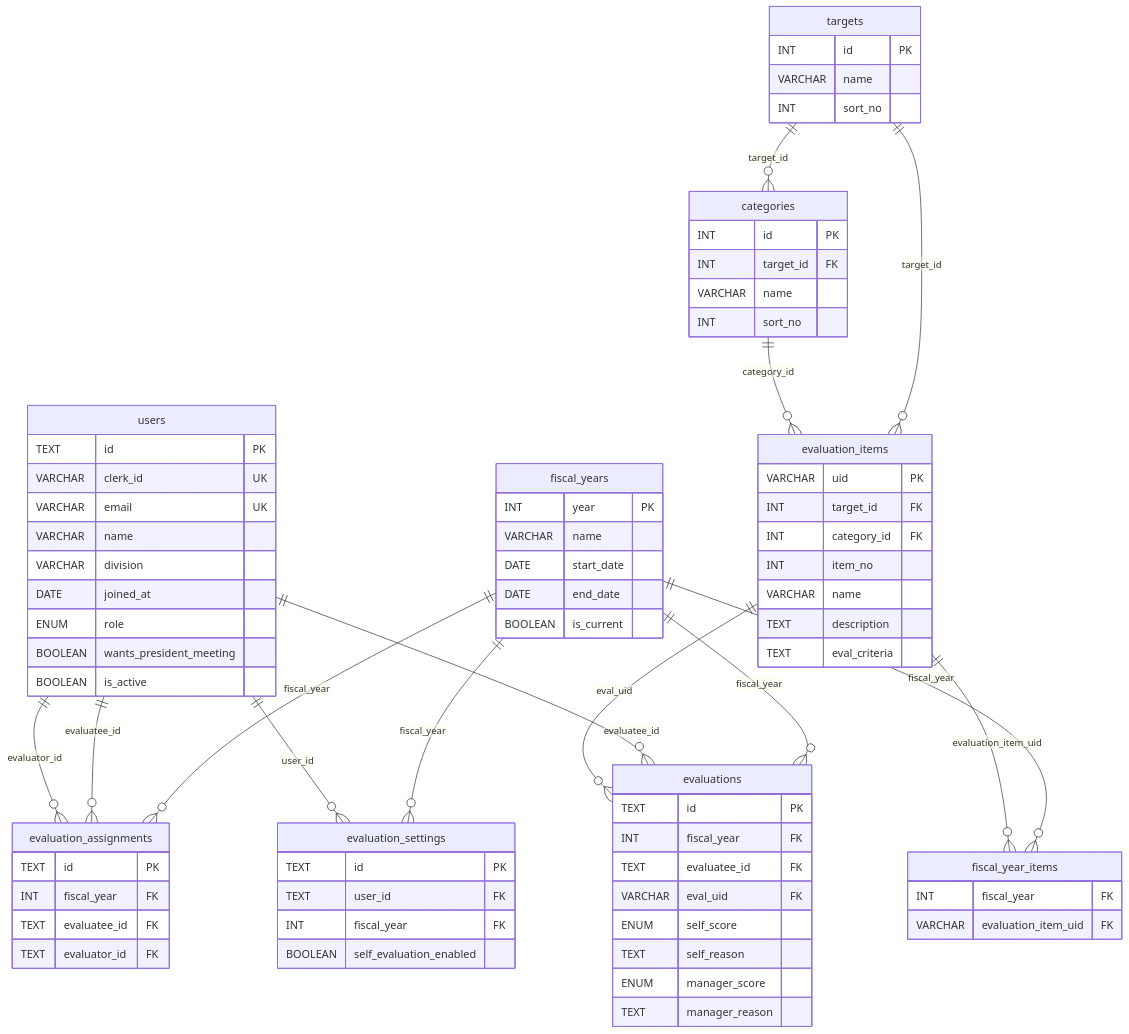
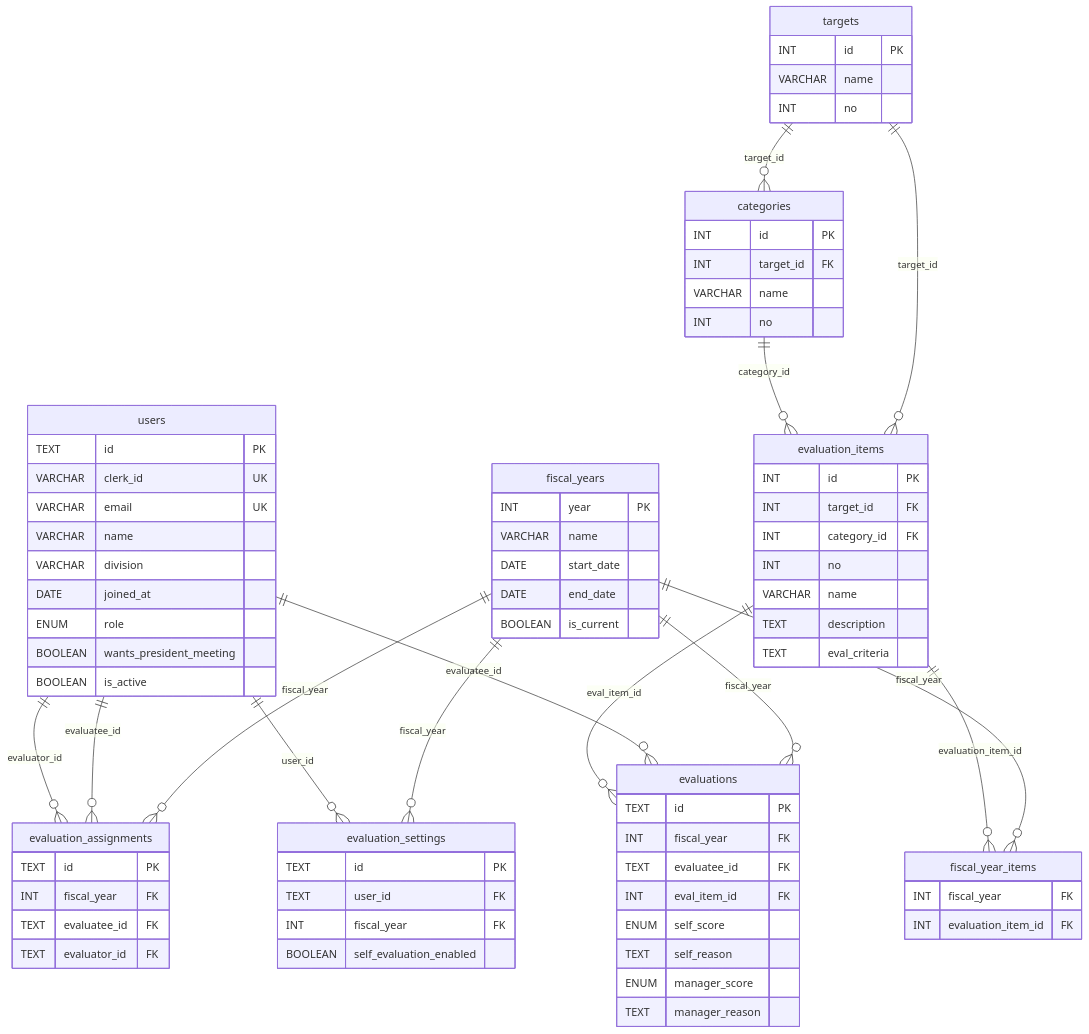
One commit to ot-nemoto/eval-hub changed the diagram in docs/schema.md. Above: the diagram before and after it, drawn with Mermaid. The commit also changed other lines of this file and 8 other files, not shown here.

````diff
--- a/docs/schema.md
+++ b/docs/schema.md
@@ -36,81 +36,81 @@
 ```mermaid
 erDiagram
     users {
         TEXT id PK
         VARCHAR clerk_id UK
         VARCHAR email UK
         VARCHAR name
         VARCHAR division
         DATE joined_at
         ENUM role
         BOOLEAN wants_president_meeting
         BOOLEAN is_active
     }
     fiscal_years {
         INT year PK
         VARCHAR name
         DATE start_date
         DATE end_date
         BOOLEAN is_current
     }
     fiscal_year_items {
         INT fiscal_year FK
-        VARCHAR evaluation_item_uid FK
+        INT evaluation_item_id FK
     }
     evaluation_assignments {
         TEXT id PK
         INT fiscal_year FK
         TEXT evaluatee_id FK
         TEXT evaluator_id FK
     }
     targets {
         INT id PK
         VARCHAR name
-        INT sort_no
+        INT no
     }
     categories {
         INT id PK
         INT target_id FK
         VARCHAR name
-        INT sort_no
+        INT no
     }
     evaluation_items {
-        VARCHAR uid PK
+        INT id PK
         INT target_id FK
         INT category_id FK
-        INT item_no
+        INT no
         VARCHAR name
         TEXT description
         TEXT eval_criteria
     }
     evaluations {
         TEXT id PK
         INT fiscal_year FK
         TEXT evaluatee_id FK
-        VARCHAR eval_uid FK
+        INT eval_item_id FK
         ENUM self_score
         TEXT self_reason
         ENUM manager_score
         TEXT manager_reason
     }
     evaluation_settings {
         TEXT id PK
         TEXT user_id FK
         INT fiscal_year FK
         BOOLEAN self_evaluation_enabled
     }
 
     fiscal_years ||--o{ fiscal_year_items : "fiscal_year"
     fiscal_years ||--o{ evaluation_assignments : "fiscal_year"
     fiscal_years ||--o{ evaluations : "fiscal_year"
     fiscal_years ||--o{ evaluation_settings : "fiscal_year"
     targets ||--o{ categories : "target_id"
     targets ||--o{ evaluation_items : "target_id"
     categories ||--o{ evaluation_items : "category_id"
-    evaluation_items ||--o{ fiscal_year_items : "evaluation_item_uid"
+    evaluation_items ||--o{ fiscal_year_items : "evaluation_item_id"
     users ||--o{ evaluation_assignments : "evaluatee_id"
     users ||--o{ evaluation_assignments : "evaluator_id"
     users ||--o{ evaluations : "evaluatee_id"
     users ||--o{ evaluation_settings : "user_id"
-    evaluation_items ||--o{ evaluations : "eval_uid"
+    evaluation_items ||--o{ evaluations : "eval_item_id"
 ```
````
